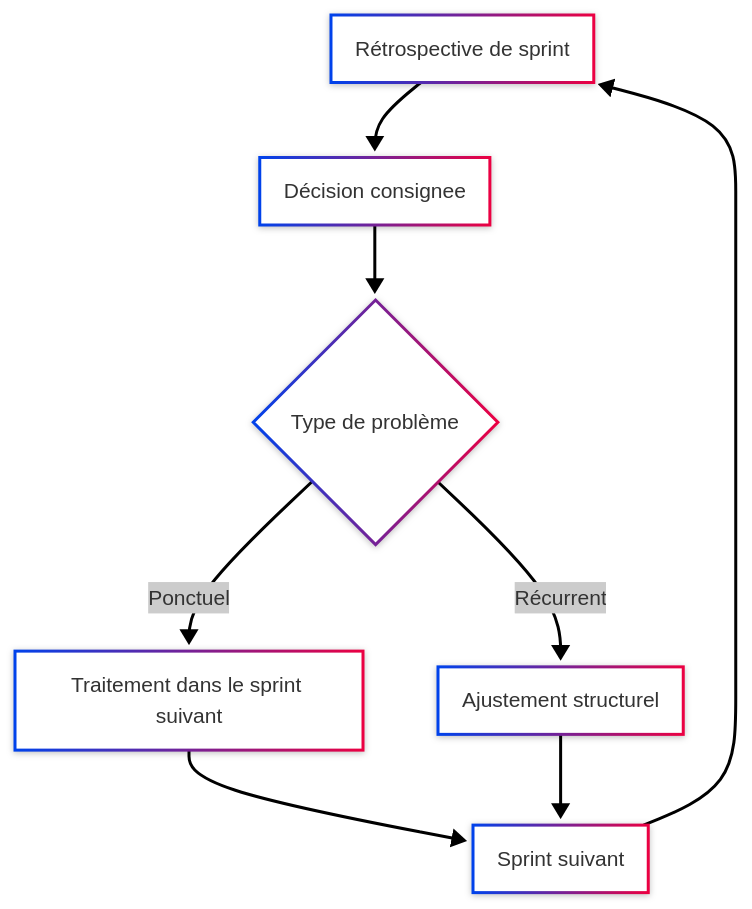
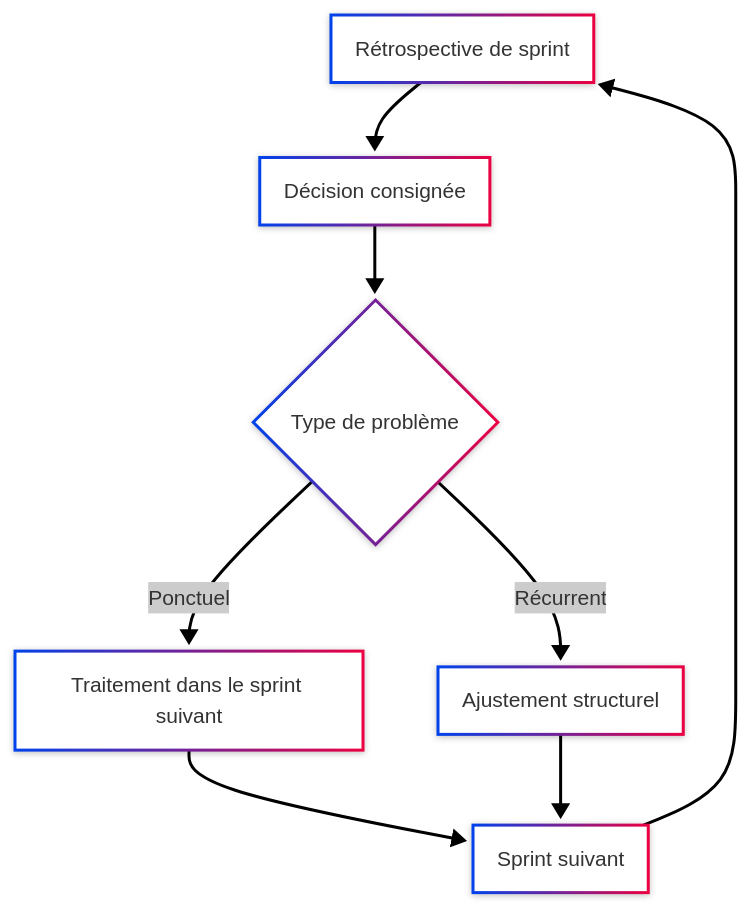
Before and after one commit to KerdanetYvan/urbanflow-mobility: the fourth of 9 diagrams in docs/rendus/UrbanFlow_Mobility_Dossier.md, drawn with Mermaid. The commit also changed other lines of this file, not shown here.

First line of the commit message:
docs(dossier): accents dans les libelles de diagrammes (6.3, 7.3, 9.2) (#42)

````diff
--- a/docs/rendus/UrbanFlow_Mobility_Dossier.md
+++ b/docs/rendus/UrbanFlow_Mobility_Dossier.md
@@ -730,15 +730,15 @@
 ```mermaid
 ---
 config:
   look: neo
   theme: neo
 ---
 flowchart TB
-    A[Rétrospective de sprint] --> B[Décision consignee]
+    A[Rétrospective de sprint] --> B[Décision consignée]
     B --> C{Type de problème}
     C -->|Ponctuel| D[Traitement dans le sprint suivant]
     C -->|Récurrent| E[Ajustement structurel]
     D --> F[Sprint suivant]
     E --> F
     F --> A
 ```
````
